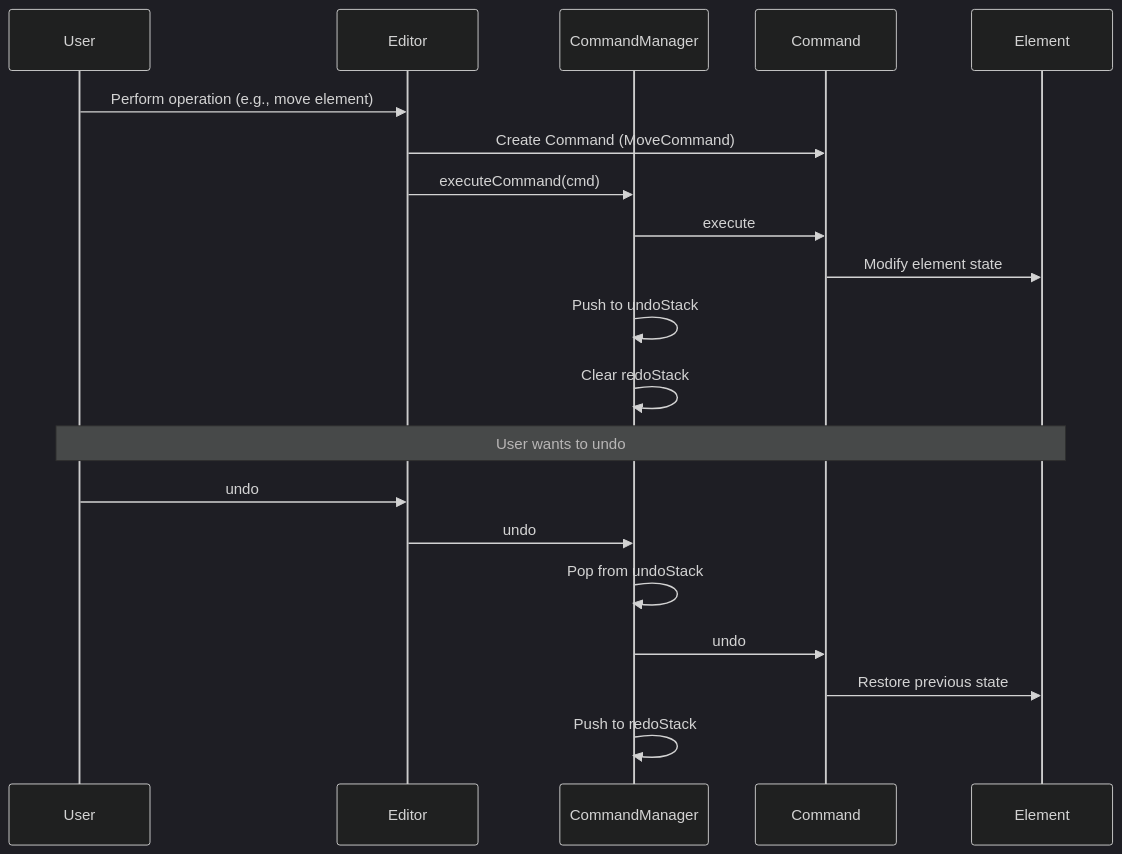
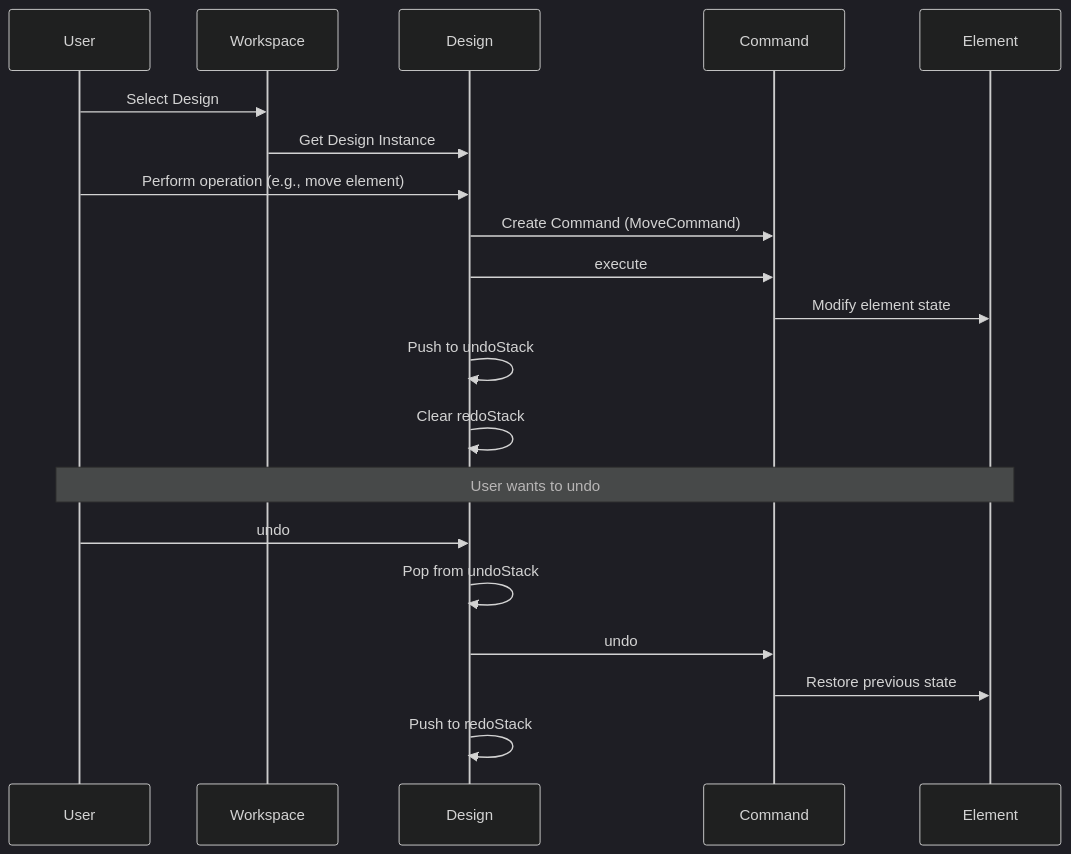
Before and after one commit to Swapnil-PixArtPrinting/Questions: the second of 17 diagrams in LLD/Problem_3/solution.md, drawn with Mermaid (dark theme). The commit also changed other lines of this file and 3 other files, not shown here.

Commit message:
feat: refactor graphic designer application architecture for multi-document support

````diff
--- a/LLD/Problem_3/solution.md
+++ b/LLD/Problem_3/solution.md
@@ -155,24 +187,24 @@
 ```mermaid
 sequenceDiagram
     participant U as User
-    participant E as Editor
-    participant CM as CommandManager
+    participant W as Workspace
+    participant D as Design
     participant C as Command
     participant EL as Element
     
-    U->>E: Perform operation (e.g., move element)
-    E->>C: Create Command (MoveCommand)
-    E->>CM: executeCommand(cmd)
-    CM->>C: execute
+    U->>W: Select Design
+    W->>D: Get Design Instance
+    U->>D: Perform operation (e.g., move element)
+    D->>C: Create Command (MoveCommand)
+    D->>C: execute
     C->>EL: Modify element state
-    CM->>CM: Push to undoStack
-    CM->>CM: Clear redoStack
+    D->>D: Push to undoStack
+    D->>D: Clear redoStack
     
     Note over U,EL: User wants to undo
-    U->>E: undo
-    E->>CM: undo
-    CM->>CM: Pop from undoStack
-    CM->>C: undo
+    U->>D: undo
+    D->>D: Pop from undoStack
+    D->>C: undo
     C->>EL: Restore previous state
-    CM->>CM: Push to redoStack
+    D->>D: Push to redoStack
 ```
````
